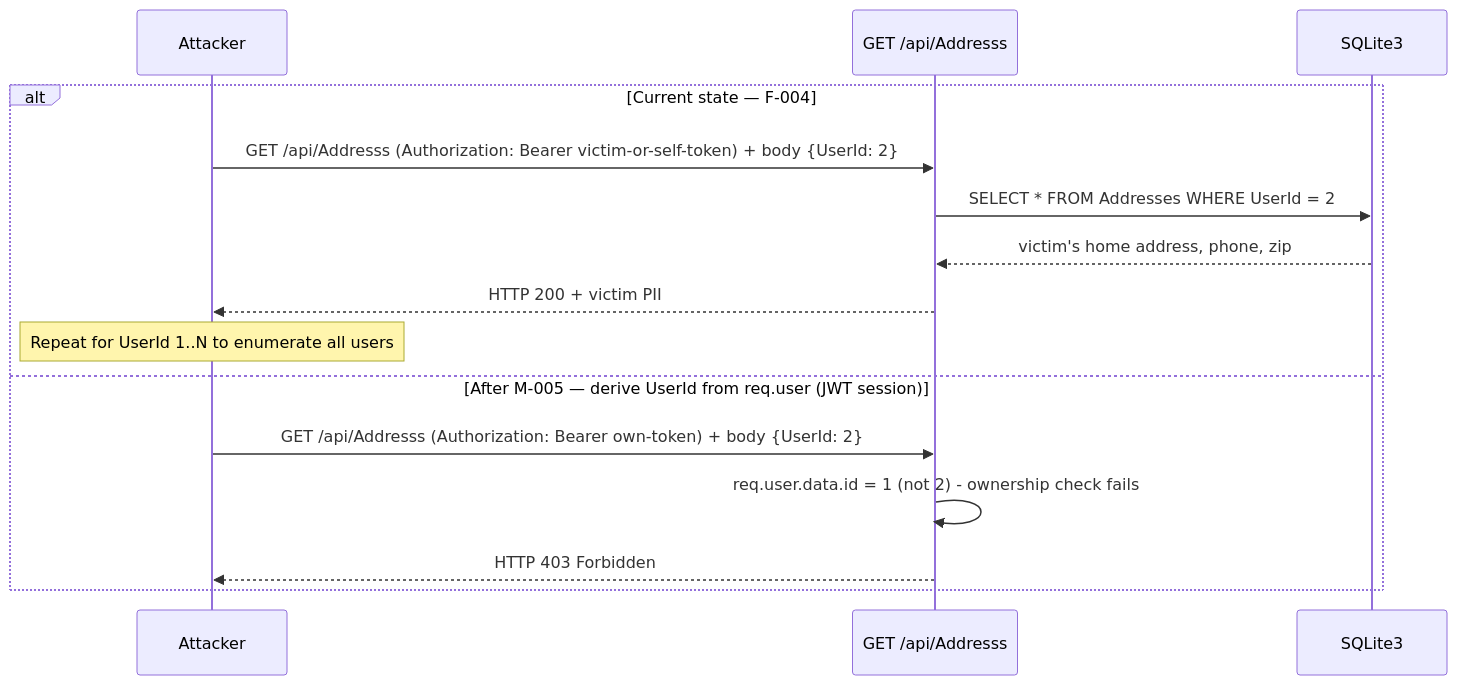
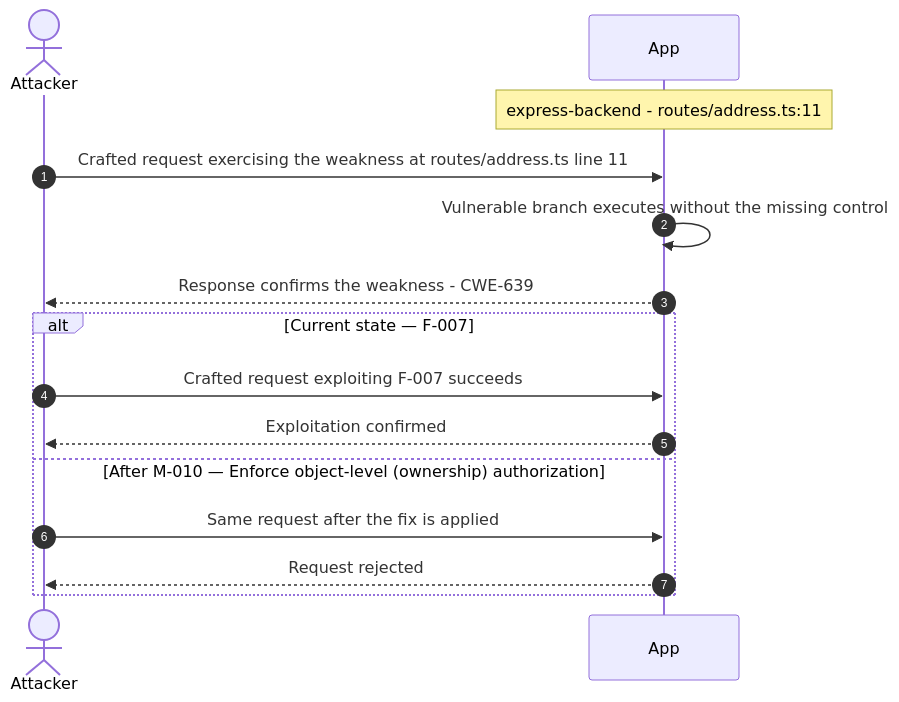
One commit to appsec-foundry/appsec-advisor changed diagram 11 of 21 in examples/threat-modeler/threat-model-juice-shop-standard.md. Above: the diagram before and after it, drawn with Mermaid. The commit also changed other lines of this file and 2 other files, not shown here.

````diff
--- a/examples/threat-modeler/threat-model-juice-shop-standard.md
+++ b/examples/threat-modeler/threat-model-juice-shop-standard.md
@@ -772,18 +673,17 @@
 ```mermaid
 sequenceDiagram
-    participant A as Attacker
-    participant API as GET /api/Addresss
-    participant DB as SQLite3
-
-    alt Current state — F-004
-        A->>API: GET /api/Addresss (Authorization: Bearer victim-or-self-token) + body {UserId: 2}
-        API->>DB: SELECT * FROM Addresses WHERE UserId = 2
-        DB-->>API: victim's home address, phone, zip
-        API-->>A: HTTP 200 + victim PII
-        Note over A: Repeat for UserId 1..N to enumerate all users
-    else After M-005 — derive UserId from req.user (JWT session)
-        A->>API: GET /api/Addresss (Authorization: Bearer own-token) + body {UserId: 2}
-        API->>API: req.user.data.id = 1 (not 2) - ownership check fails
-        API-->>A: HTTP 403 Forbidden
+    autonumber
+    actor Attacker
+    participant App
+    Note over App: express-backend - routes/address.ts:11
+    Attacker->>App: Crafted request exercising the weakness at routes/address.ts line 11
+    App->>App: Vulnerable branch executes without the missing control
+    App-->>Attacker: Response confirms the weakness - CWE-639
+    alt Current state — F-007
+        Attacker->>App: Crafted request exploiting F-007 succeeds
+        App-->>Attacker: Exploitation confirmed
+    else After M-010 — Enforce object-level (ownership) authorization
+        Attacker->>App: Same request after the fix is applied
+        App-->>Attacker: Request rejected
     end
 ```
````
